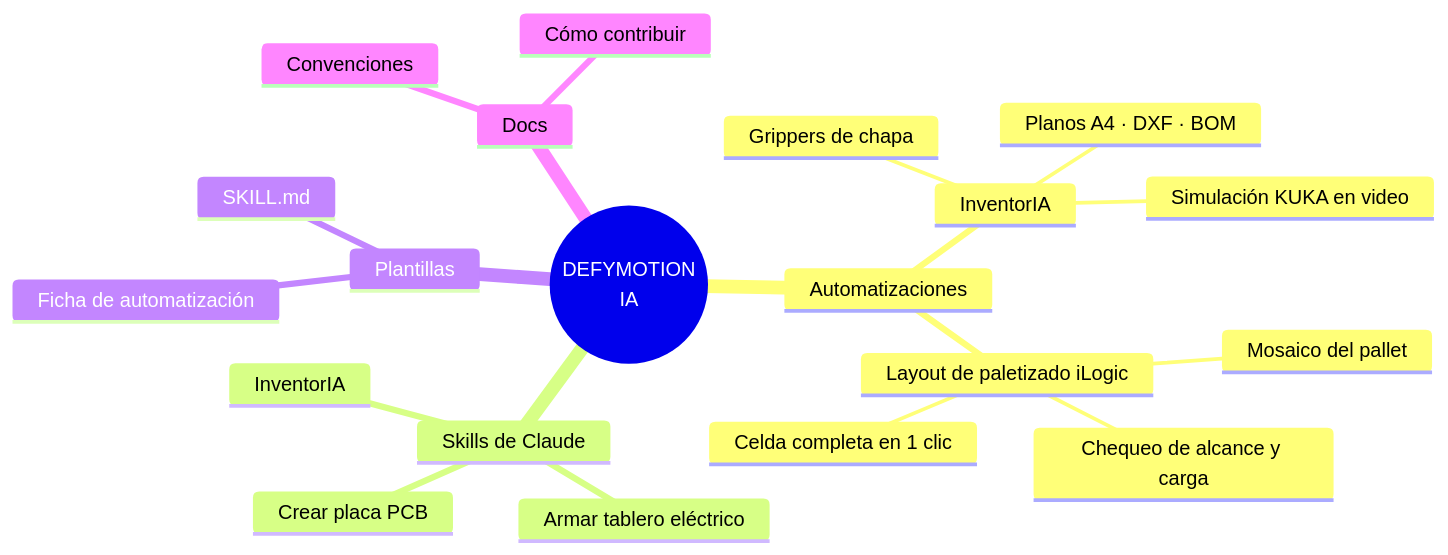
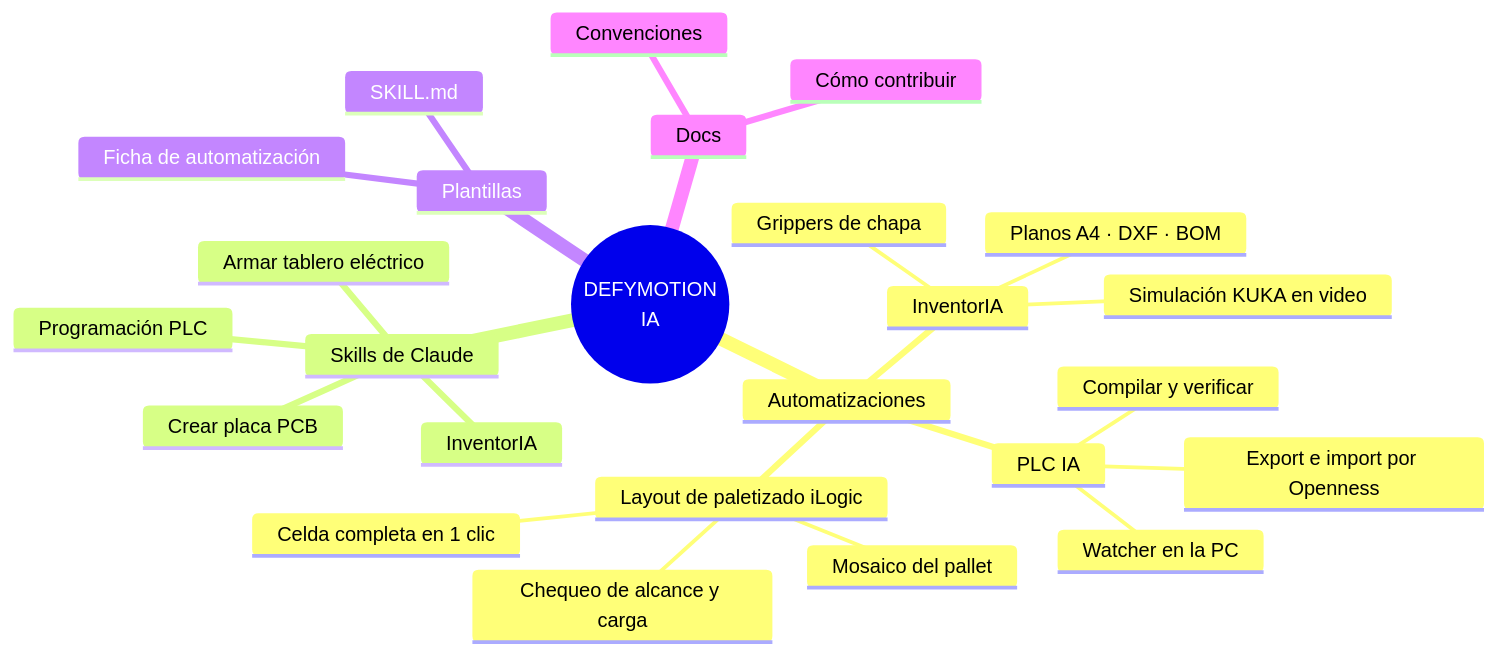
Before and after one commit to Defymotion/IA: the first of 4 diagrams in README.md, drawn with Mermaid. The commit also changed other lines of this file and 17 other files, not shown here.

First line of the commit message:
Agregar PLC IA (watcher PLC_Bridge) y skill programacion-plc

````diff
--- a/README.md
+++ b/README.md
@@ -25,23 +25,28 @@
 ```mermaid
 mindmap
   root((DEFYMOTION<br/>IA))
     Automatizaciones
       InventorIA
         Grippers de chapa
         Planos A4 · DXF · BOM
         Simulación KUKA en video
       Layout de paletizado iLogic
         Celda completa en 1 clic
         Mosaico del pallet
         Chequeo de alcance y carga
+      PLC IA
+        Export e import por Openness
+        Compilar y verificar
+        Watcher en la PC
     Skills de Claude
       InventorIA
+      Programación PLC
       Armar tablero eléctrico
       Crear placa PCB
     Plantillas
       Ficha de automatización
       SKILL.md
     Docs
       Convenciones
       Cómo contribuir
 ```
````
